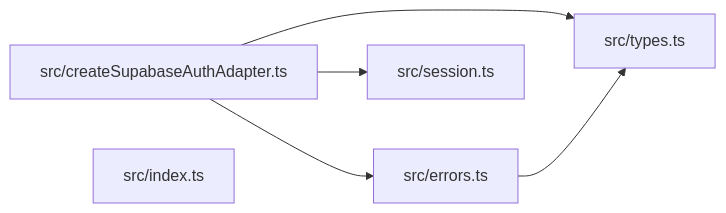
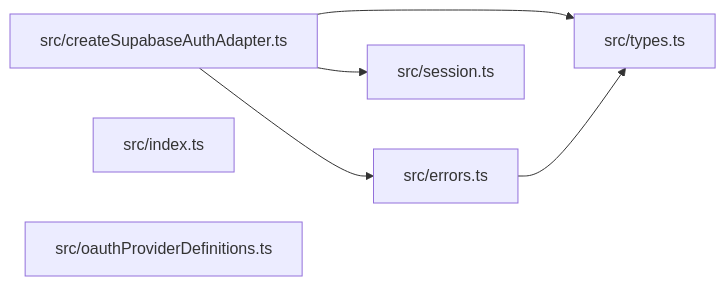
Before and after one commit to ankhorage/supabase-auth: the diagram in paradox/diagrams/module-relationships.mmd, drawn with Mermaid. The commit also changed 17 other files, not shown here.

First line of the commit message:
feat: add canonical OAuth provider definitions

```diff
--- a/paradox/diagrams/module-relationships.mmd
+++ b/paradox/diagrams/module-relationships.mmd
@@ -1,10 +1,11 @@
 graph LR
   module_src_createSupabaseAuthAdapter_ts["src/createSupabaseAuthAdapter.ts"]
   module_src_errors_ts["src/errors.ts"]
   module_src_index_ts["src/index.ts"]
+  module_src_oauthProviderDefinitions_ts["src/oauthProviderDefinitions.ts"]
   module_src_session_ts["src/session.ts"]
   module_src_types_ts["src/types.ts"]
   module_src_createSupabaseAuthAdapter_ts --> module_src_errors_ts
   module_src_createSupabaseAuthAdapter_ts --> module_src_session_ts
   module_src_createSupabaseAuthAdapter_ts --> module_src_types_ts
   module_src_errors_ts --> module_src_types_ts
```
